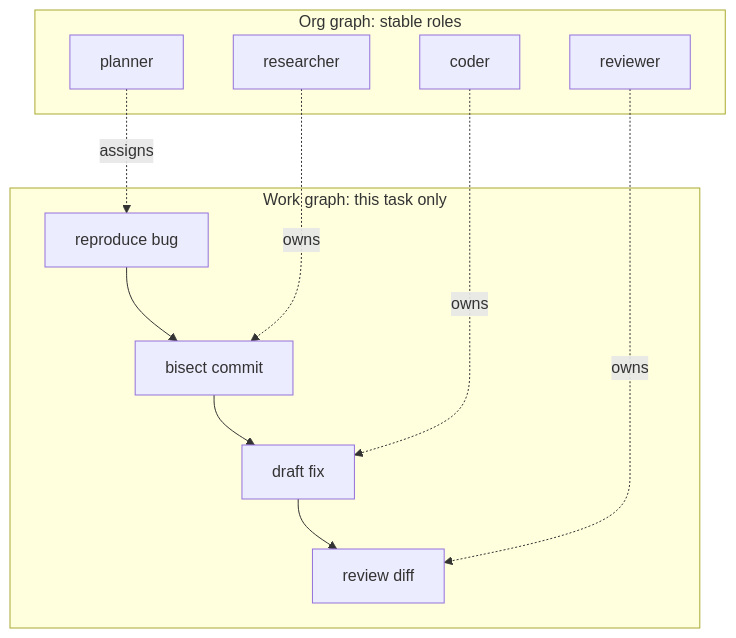
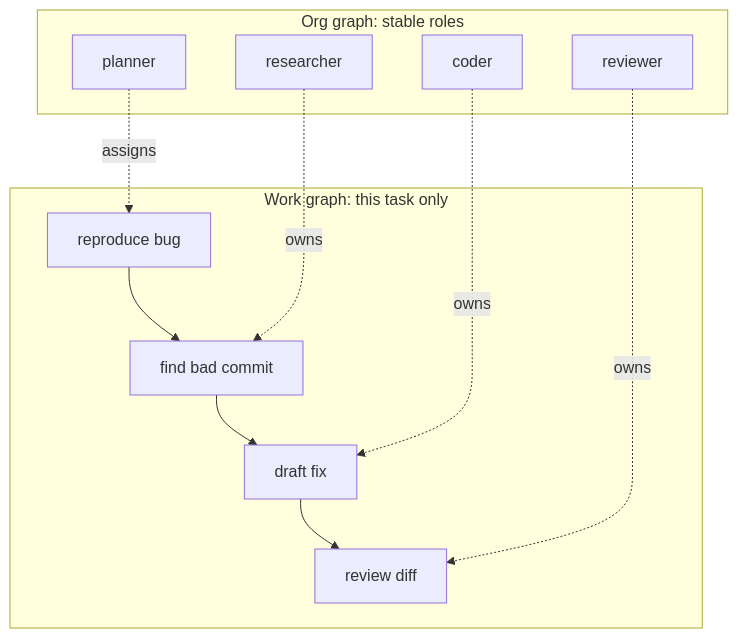
The fourth of 4 diagrams in data/blog/graph-engineering-for-agentic-ai.mdx (ashimsharma10/ashimsharma10.github.io), drawn with Mermaid before and after one commit. The commit also changed other lines of this file and 3 other files, not shown here.

Commit message:
Simplify graph engineering write-up and drop code snippets

````diff
--- a/data/blog/graph-engineering-for-agentic-ai.mdx
+++ b/data/blog/graph-engineering-for-agentic-ai.mdx
@@ -180,18 +122,18 @@
 ```mermaid
 flowchart TD
     subgraph ORG["Org graph: stable roles"]
         PL[planner]
         RE[researcher]
         CO[coder]
         RV[reviewer]
     end
     subgraph WORK["Work graph: this task only"]
-        T1[reproduce bug] --> T2[bisect commit]
+        T1[reproduce bug] --> T2[find bad commit]
         T2 --> T3[draft fix]
         T3 --> T4[review diff]
     end
     PL -. assigns .-> T1
     RE -. owns .-> T2
     CO -. owns .-> T3
     RV -. owns .-> T4
 ```
````
